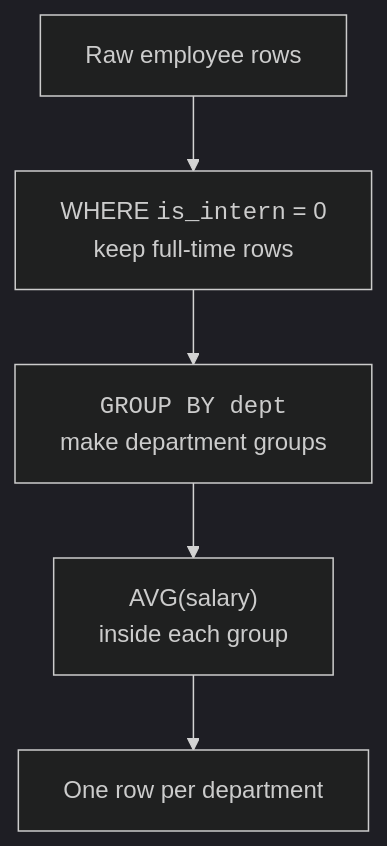
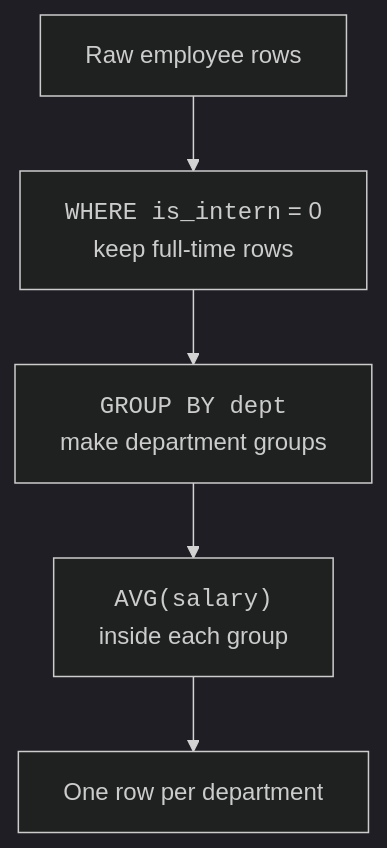
Before and after one commit to dataslope/dataslope: the fifth of 5 diagrams in content/courses/sqlite-for-beginners/grouping-data.mdx, drawn with Mermaid (dark theme). The commit also changed other lines of this file and 283 other files, not shown here.

First line of the commit message:
Diagrams as elements, not characters: fix the box model, sweep the corpus, and make syntax breakdowns a convention (#652)

````diff
--- a/content/courses/sqlite-for-beginners/grouping-data.mdx
+++ b/content/courses/sqlite-for-beginners/grouping-data.mdx
@@ -337,7 +347,7 @@
 ```mermaid
 flowchart TD
-    Raw["Raw employee rows"] --> Where["WHERE <code>is_intern</code> = 0<br/>keep full-time rows"]
+    Raw["Raw employee rows"] --> Where["<code>WHERE is_intern</code> = 0<br/>keep full-time rows"]
     Where --> Group["<code>GROUP BY dept</code><br/>make department groups"]
-    Group --> Avg["AVG(salary)<br/>inside each group"]
+    Group --> Avg["<code>AVG(salary)</code><br/>inside each group"]
     Avg --> Result["One row per department"]
 ```
````
